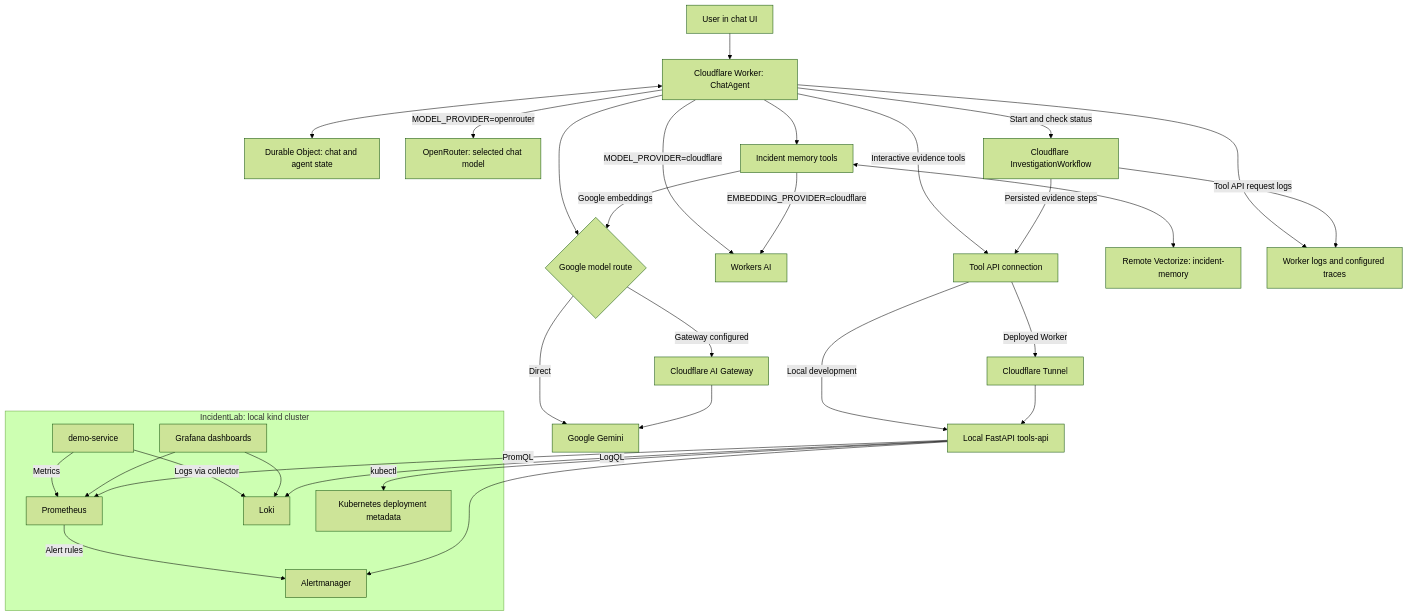
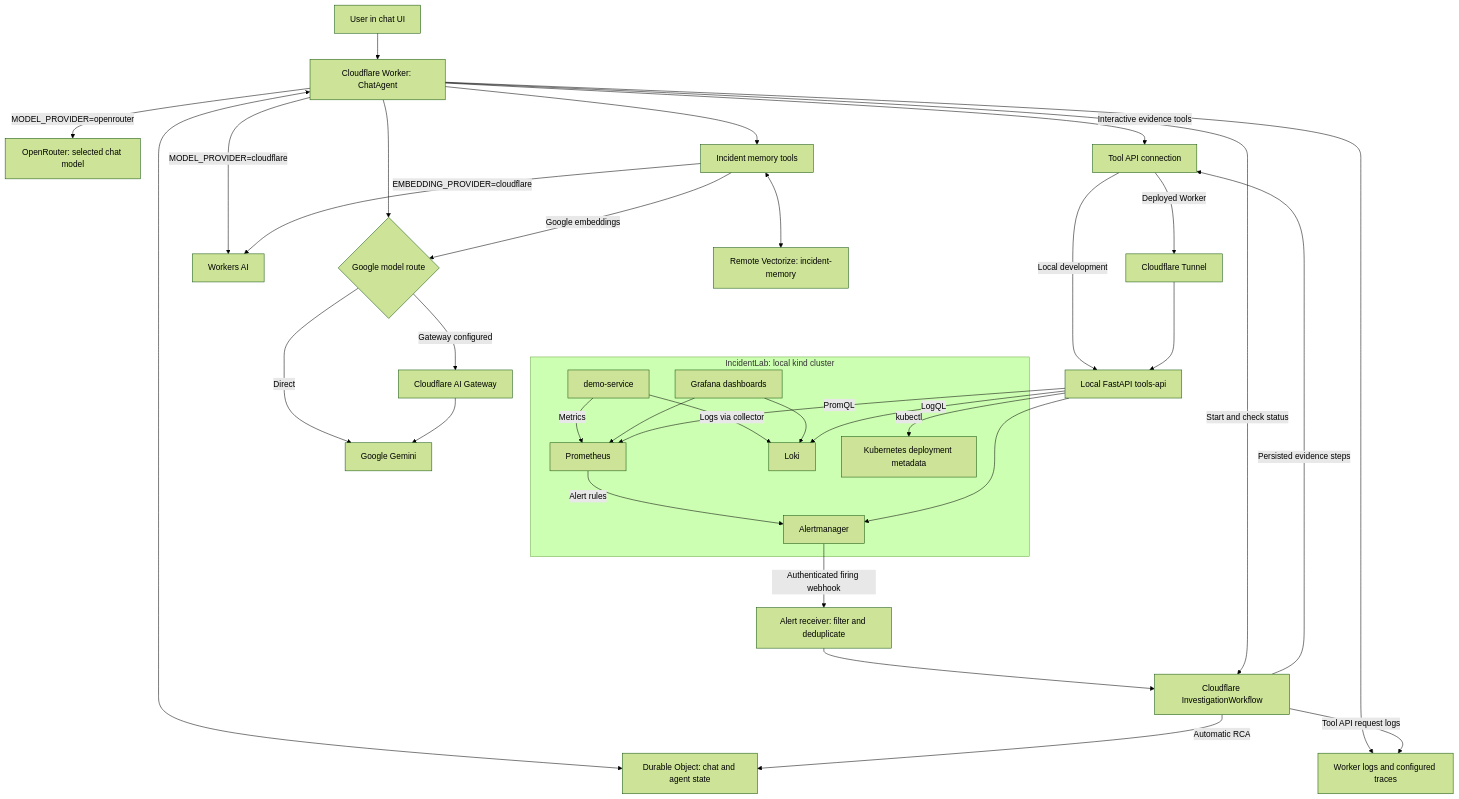
Before and after one commit to EngineeredByVignesh/TraceRoot: the diagram in ARCHITECTURE.md, drawn with Mermaid (forest theme). The commit also changed other lines of this file and 15 other files, not shown here.

````diff
--- a/ARCHITECTURE.md
+++ b/ARCHITECTURE.md
@@ -7,46 +7,49 @@
 ```mermaid
 flowchart TD
     User[User in chat UI] --> Agent[Cloudflare Worker: ChatAgent]
     Agent <--> State[Durable Object: chat and agent state]
+    Alerts -->|Authenticated firing webhook| Webhook[Alert receiver: filter and deduplicate]
+    Webhook --> Workflow
+    Workflow -->|Automatic RCA| State
 
     Agent --> GoogleRoute{Google model route}
     GoogleRoute -->|Gateway configured| Gateway[Cloudflare AI Gateway]
     GoogleRoute -->|Direct| Gemini[Google Gemini]
     Gateway --> Gemini
     Agent -->|MODEL_PROVIDER=cloudflare| WorkersAI[Workers AI]
     Agent -->|MODEL_PROVIDER=openrouter| OpenRouter[OpenRouter: selected chat model]
 
     Agent -->|Interactive evidence tools| APIPath[Tool API connection]
     Agent -->|Start and check status| Workflow[Cloudflare InvestigationWorkflow]
     Workflow -->|Persisted evidence steps| APIPath
     APIPath -->|Local development| API[Local FastAPI tools-api]
     APIPath -->|Deployed Worker| Tunnel[Cloudflare Tunnel]
     Tunnel --> API
 
     subgraph Lab[IncidentLab: local kind cluster]
         Demo[demo-service]
         Prometheus[Prometheus]
         Loki[Loki]
         Alerts[Alertmanager]
         K8s[Kubernetes deployment metadata]
         Grafana[Grafana dashboards]
         Demo -->|Metrics| Prometheus
         Demo -->|Logs via collector| Loki
         Prometheus -->|Alert rules| Alerts
         Grafana --> Prometheus
         Grafana --> Loki
     end
 
     API -->|PromQL| Prometheus
     API -->|LogQL| Loki
     API --> Alerts
     API -->|kubectl| K8s
 
     Agent --> Memory[Incident memory tools]
     Memory -->|Google embeddings| GoogleRoute
     Memory -->|EMBEDDING_PROVIDER=cloudflare| WorkersAI
     Memory <--> Vectorize[Remote Vectorize: incident-memory]
 
     Agent --> Telemetry[Worker logs and configured traces]
     Workflow -->|Tool API request logs| Telemetry
 ```
````
